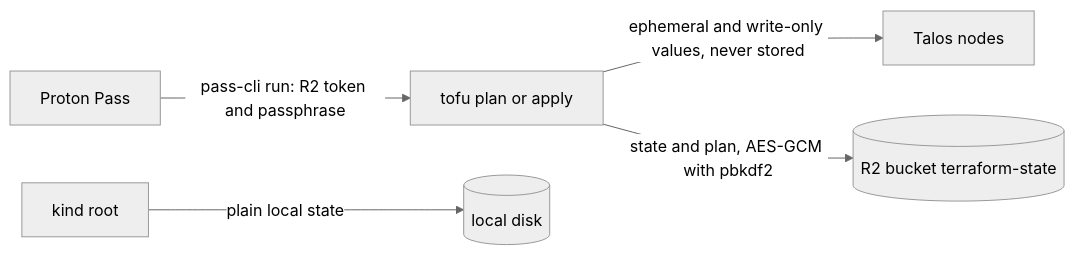
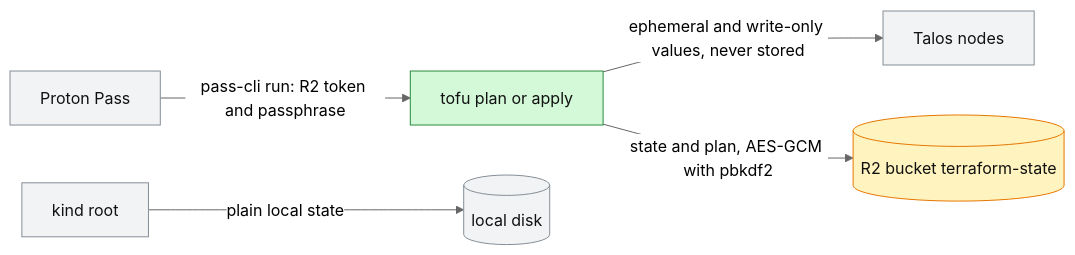
The first of 2 diagrams in docs/rfc/0022-iac-tool.md (gsuquet/infra), drawn with Mermaid (neutral theme) before and after one commit. The commit also changed other lines of this file and 4 other files, not shown here.

````diff
--- a/docs/rfc/0022-iac-tool.md
+++ b/docs/rfc/0022-iac-tool.md
@@ -126,7 +111,10 @@
 ```mermaid
 flowchart LR
-  pass["Proton Pass"] -->|"pass-cli run: R2 token and passphrase"| tofu["tofu plan or apply"]
-  tofu -->|"ephemeral and write-only values, never stored"| talos["Talos nodes"]
-  tofu -->|"state and plan, AES-GCM with pbkdf2"| r2[("R2 bucket terraform-state")]
-  kindroot["kind root"] -->|"plain local state"| disk[("local disk")]
+  pass["Proton Pass"]:::unchanged -->|"pass-cli run: R2 token and passphrase"| tofu["tofu plan or apply"]:::new
+  tofu -->|"ephemeral and write-only values, never stored"| talos["Talos nodes"]:::unchanged
+  tofu -->|"state and plan, AES-GCM with pbkdf2"| r2[("R2 bucket terraform-state")]:::changed
+  kindroot["kind root"]:::unchanged -->|"plain local state"| disk[("local disk")]:::unchanged
+  classDef new fill:#d3f9d8,stroke:#2b8a3e,color:#111
+  classDef changed fill:#fff3bf,stroke:#e67700,color:#111
+  classDef unchanged fill:#f1f3f5,stroke:#868e96,color:#111
 ```
````
